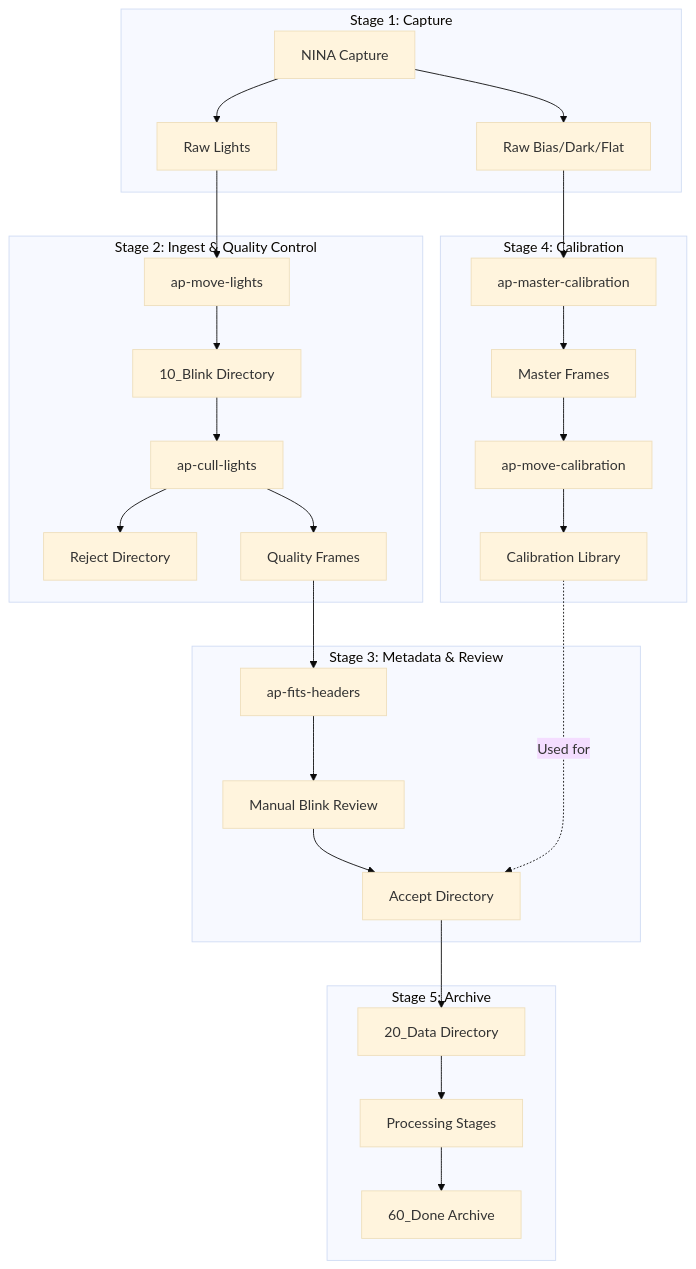
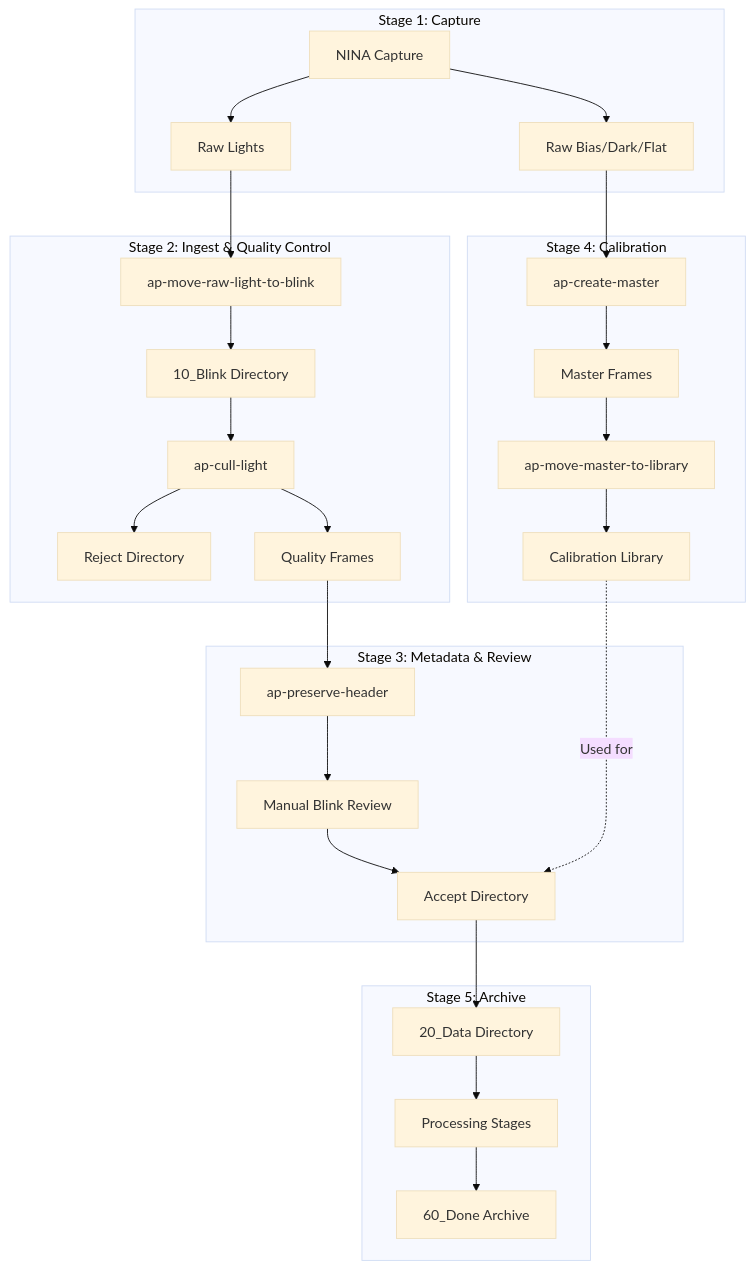
Before and after one commit to jewzaam/ap-base: the first of 6 diagrams in docs/workflow.md, drawn with Mermaid (base theme). The commit also changed other lines of this file and 10 other files, not shown here.

````diff
--- a/docs/workflow.md
+++ b/docs/workflow.md
@@ -7,36 +7,36 @@
 ```mermaid
 flowchart TB
     subgraph Stage1["Stage 1: Capture"]
         NINA[NINA Capture] --> RAW_Light[Raw Lights]
         NINA --> RAW_Calibration[Raw Bias/Dark/Flat]
     end
 
     subgraph Stage2["Stage 2: Ingest & Quality Control"]
-        RAW_Light --> MOVE[ap-move-lights]
+        RAW_Light --> MOVE[ap-move-raw-light-to-blink]
         MOVE --> BLINK[10_Blink Directory]
-        BLINK --> CULL[ap-cull-lights]
+        BLINK --> CULL[ap-cull-light]
         CULL --> REJECT[Reject Directory]
         CULL --> QUALITY[Quality Frames]
     end
 
     subgraph Stage3["Stage 3: Metadata & Review"]
-        QUALITY --> HEADERS[ap-fits-headers]
+        QUALITY --> HEADERS[ap-preserve-header]
         HEADERS --> MANUAL[Manual Blink Review]
         MANUAL --> ACCEPT[Accept Directory]
     end
 
     subgraph Stage4["Stage 4: Calibration"]
-        RAW_Calibration --> MASTER[ap-master-calibration]
+        RAW_Calibration --> MASTER[ap-create-master]
         MASTER --> MASTERS[Master Frames]
-        MASTERS --> ORGANIZE[ap-move-calibration]
+        MASTERS --> ORGANIZE[ap-move-master-to-library]
         ORGANIZE --> LIBRARY[Calibration Library]
     end
 
     subgraph Stage5["Stage 5: Archive"]
         ACCEPT --> DATA[20_Data Directory]
         DATA --> PROCESS[Processing Stages]
         PROCESS --> ARCHIVE[60_Done Archive]
     end
 
     LIBRARY -.->|"Used for"| ACCEPT
 ```
````
